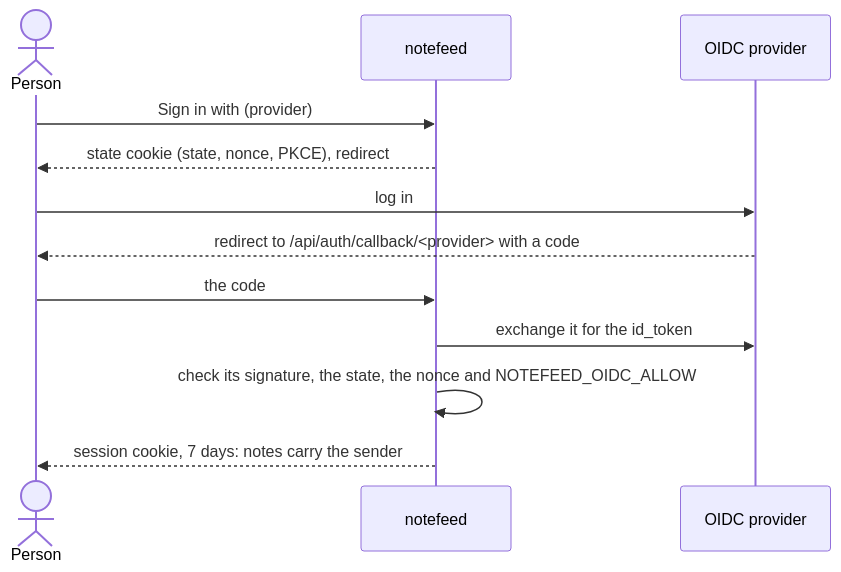
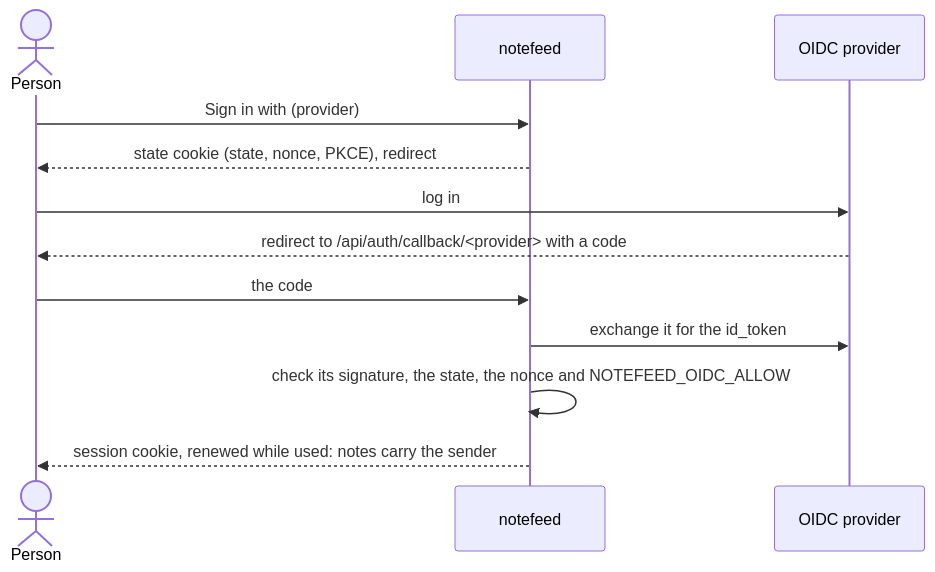
Before and after one commit to notefeed/notefeed: the diagram in docs/self-hosting/sign-in/index.md, drawn with Mermaid. The commit also changed other lines of this file and 3 other files, not shown here.

First line of the commit message:
Docs and ADR 0056: sign-ins renew while used

````diff
--- a/docs/self-hosting/sign-in/index.md
+++ b/docs/self-hosting/sign-in/index.md
@@ -10,14 +10,14 @@
 ```mermaid
 sequenceDiagram
   actor P as Person
   participant N as notefeed
   participant O as OIDC provider
   P->>N: Sign in with (provider)
   N-->>P: state cookie (state, nonce, PKCE), redirect
   P->>O: log in
   O-->>P: redirect to /api/auth/callback/<provider> with a code
   P->>N: the code
   N->>O: exchange it for the id_token
   N->>N: check its signature, the state, the nonce and NOTEFEED_OIDC_ALLOW
-  N-->>P: session cookie, 7 days: notes carry the sender
+  N-->>P: session cookie, renewed while used: notes carry the sender
 ```
````
